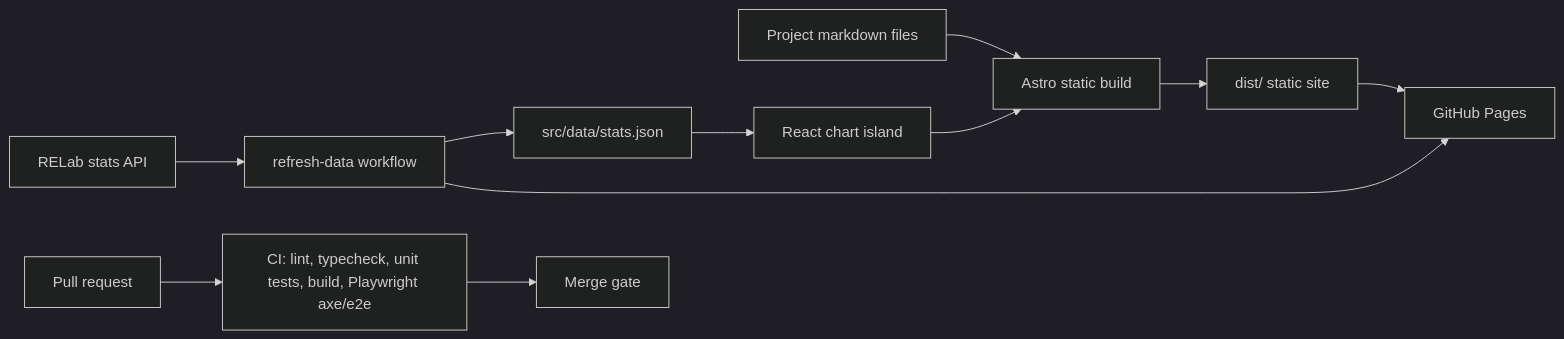
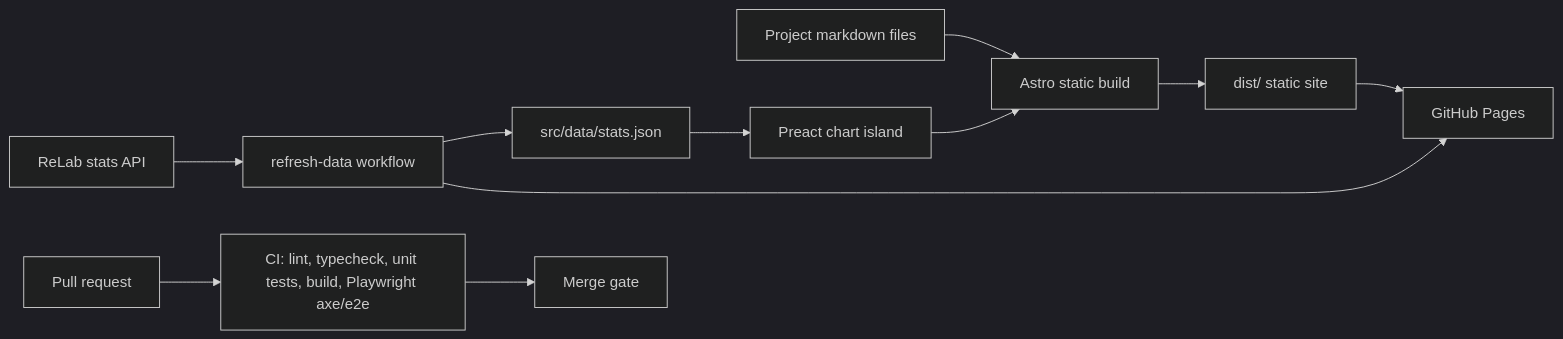
One commit to simonvanlierde/simonvanlierde.github.io changed the diagram in docs/architecture.md. Above: the diagram before and after it, drawn with Mermaid (dark theme). The commit also changed other lines of this file and 46 other files, not shown here.

First line of the commit message:
Chart as running totals, plus landing and CV review fixes (#37)

````diff
--- a/docs/architecture.md
+++ b/docs/architecture.md
@@ -5,15 +5,15 @@
 ```mermaid
 flowchart LR
   author[Project markdown files] --> astro[Astro static build]
-  stats[src/data/stats.json] --> island[React chart island]
+  stats[src/data/stats.json] --> island[Preact chart island]
   island --> astro
   astro --> dist[dist/ static site]
   dist --> pages[GitHub Pages]
 
-  relab[RELab stats API] --> refresh[refresh-data workflow]
+  relab[ReLab stats API] --> refresh[refresh-data workflow]
   refresh --> stats
   refresh --> pages
 
   pr[Pull request] --> ci[CI: lint, typecheck, unit tests, build, Playwright axe/e2e]
   ci --> review[Merge gate]
 ```
````
